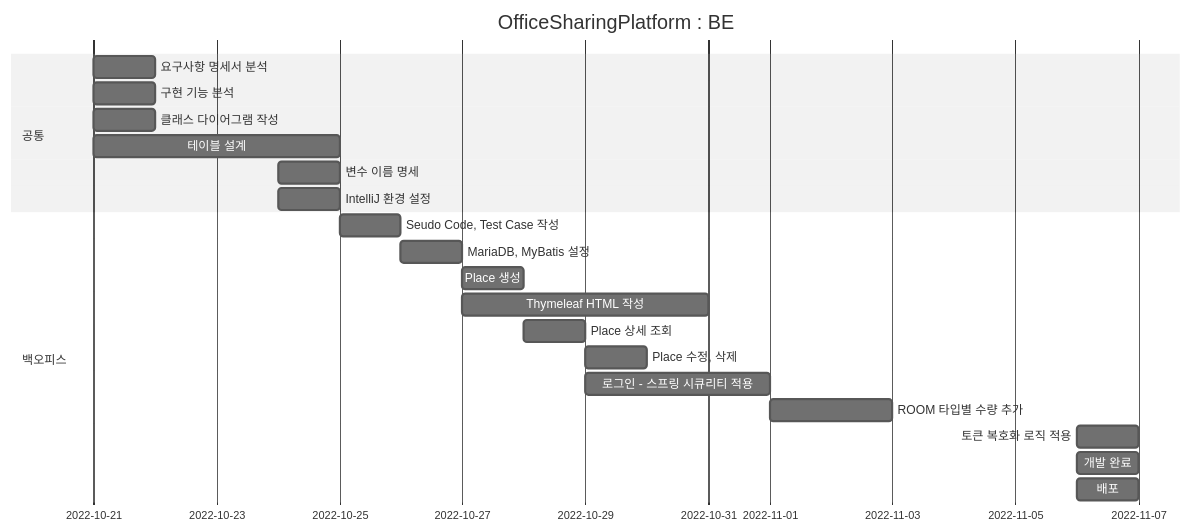
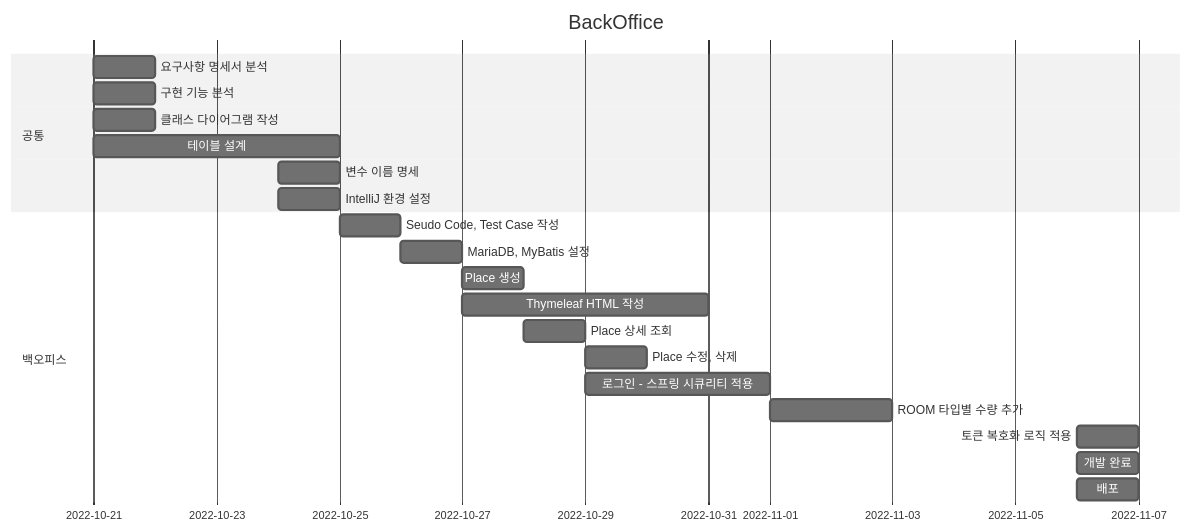
Before and after one commit to Hell-O-Demon-World/semi-OfficeSharingPlatform: the diagram in README.md, drawn with Mermaid (neutral theme). The commit also changed other lines of this file, not shown here.

Commit message:
update : README

````diff
--- a/README.md
+++ b/README.md
@@ -3,26 +3,26 @@
 ```mermaid
 gantt
 dateFormat MM-DD
-title OfficeSharingPlatform : BE
+title BackOffice
 
     section 공통
     요구사항 명세서 분석      :chap1, 10-21, 1d
     구현 기능 분석          :chap2, 10-21, 1d
     클래스 다이어그램 작성    :chap3, 10-21, 1d 
     테이블 설계            :chap4, 10-21, 4d
     변수 이름 명세          :chap5, 10-24, 1d
     IntelliJ 환경 설정     :chap6, 10-24, 1d
     
     section 백오피스
     Seudo Code, Test Case 작성    :chap1, 10-25, 1d
     MariaDB, MyBatis 설정         :chap2, 10-26, 1d
     Place 생성                    :chap3, 10-27, 1d
     Thymeleaf HTML 작성           :chap4, 10-27, 4d
     Place 상세 조회                :chap5, 10-28, 1d
     Place 수정, 삭제               :chap6, 10-29, 1d
     로그인 - 스프링 시큐리티 적용       :chap7, 10-29, 3d
     ROOM 타입별 수량 추가            :chap8, 11-01, 2d
     토큰 복호화 로직 적용             :chap9, 11-06, 1d
     개발 완료                      :chap10, 11-06, 1d
     배포                          :chap11, 11-06, 1d
 ```
````
